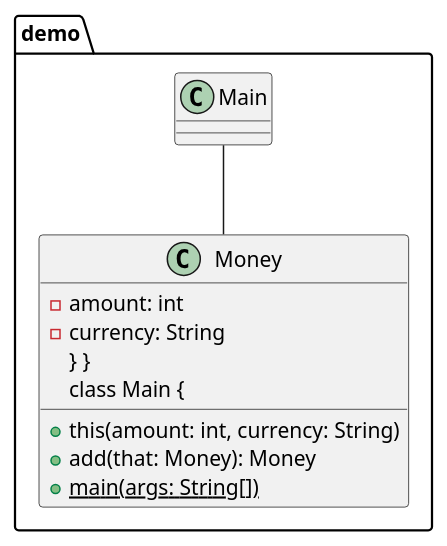
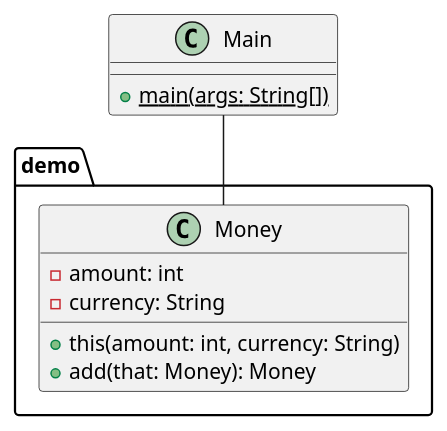
The diagram in class_diag.puml (admin-gl/demo), drawn with PlantUML before and after one commit. The commit also changed 1 other file, not shown here.

```diff
--- a/class_diag.puml
+++ b/class_diag.puml
@@ -1,13 +1,14 @@
 @startuml
 package demo {
     class Money {
      - amount: int
      - currency: String
      + this(amount: int, currency: String)
      + add(that: Money): Money
-} }
+    }
+}
 class Main {
  + {static} main(args: String[])
 }
 Main -- Money
 @enduml
```
